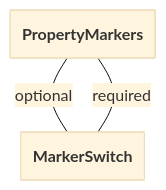
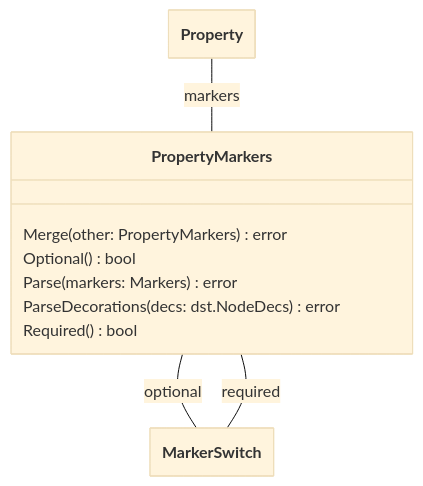
Before and after one commit to theunrepentantgeek/crddoc: diagram 15 of 17 in docs/model/model.md, drawn with Mermaid (base theme). The commit also changed other lines of this file, not shown here.

````diff
--- a/docs/model/model.md
+++ b/docs/model/model.md
@@ -577,17 +828,28 @@
 ```mermaid
 ---
   config:
     class:
       hideEmptyMembersBox: true
 ---
 classDiagram
 
-class PropertyMarkers["PropertyMarkers"]
+class PropertyMarkers["PropertyMarkers"]{  
+      Merge(other: PropertyMarkers)error  
+      Optional()bool  
+      Parse(markers: Markers)error  
+      ParseDecorations(decs: dst.NodeDecs)error  
+      Required()bool
+
+
+} 
+
+Property -- PropertyMarkers : markers 
 
 PropertyMarkers -- MarkerSwitch : optional 
 PropertyMarkers -- MarkerSwitch : required 
 
+class Property["Property"]
 class MarkerSwitch["MarkerSwitch"]
 class MarkerSwitch["MarkerSwitch"]
 
 ```
````
